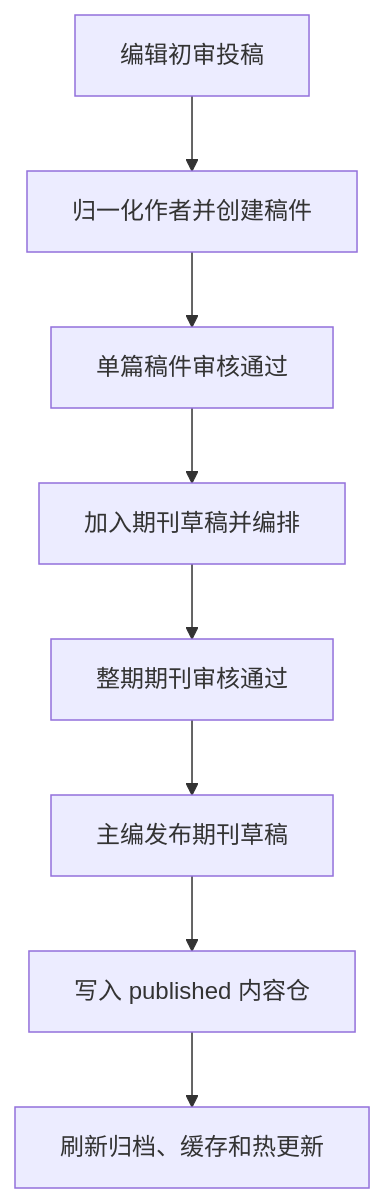
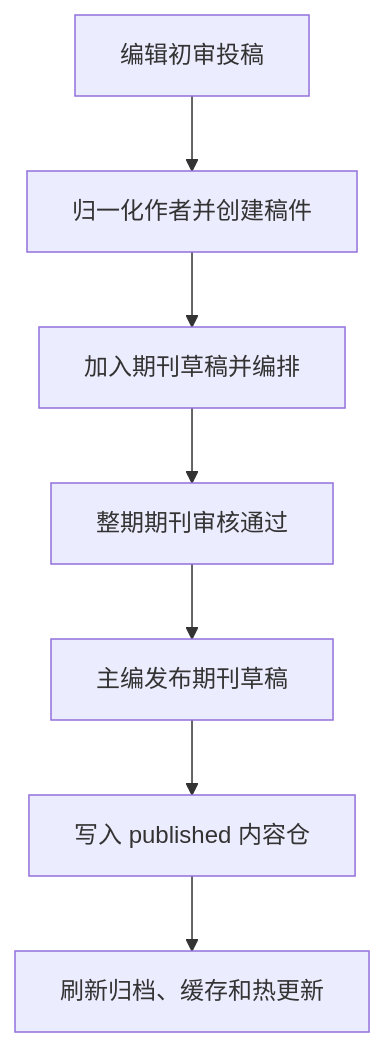
The fourth of 4 diagrams in design/system-overview.md (huyusong10/tech_radar_web), drawn with Mermaid before and after one commit. The commit also changed other lines of this file and 16 other files, not shown here.

````diff
--- a/design/system-overview.md
+++ b/design/system-overview.md
@@ -58,10 +58,9 @@
 ```mermaid
 flowchart TD
     A["编辑初审投稿"] --> B["归一化作者并创建稿件"]
-    B --> C["单篇稿件审核通过"]
-    C --> D["加入期刊草稿并编排"]
-    D --> E["整期期刊审核通过"]
-    E --> F["主编发布期刊草稿"]
-    F --> G["写入 published 内容仓"]
-    G --> H["刷新归档、缓存和热更新"]
+    B --> C["加入期刊草稿并编排"]
+    C --> D["整期期刊审核通过"]
+    D --> E["主编发布期刊草稿"]
+    E --> F["写入 published 内容仓"]
+    F --> G["刷新归档、缓存和热更新"]
 ```
````
